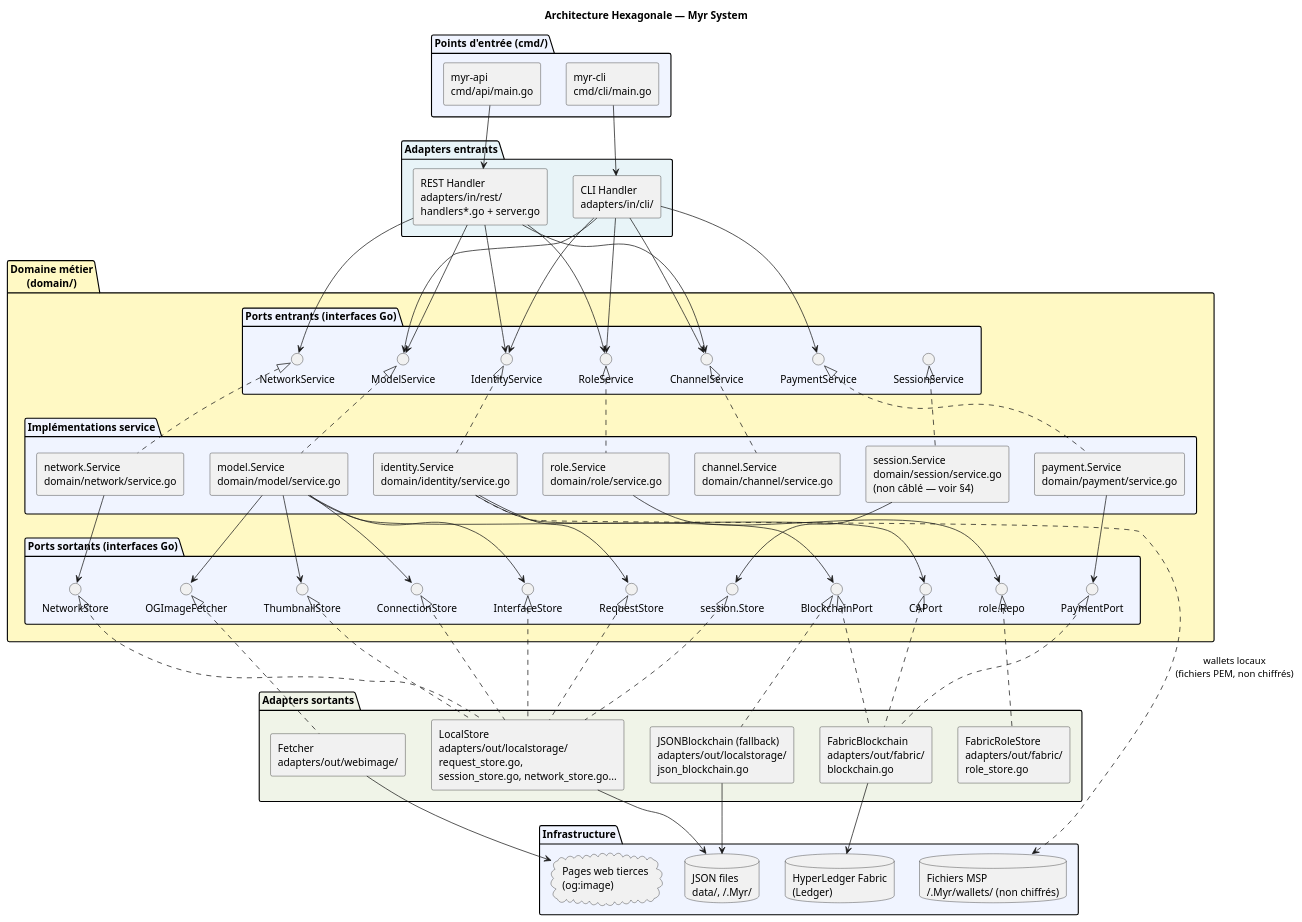
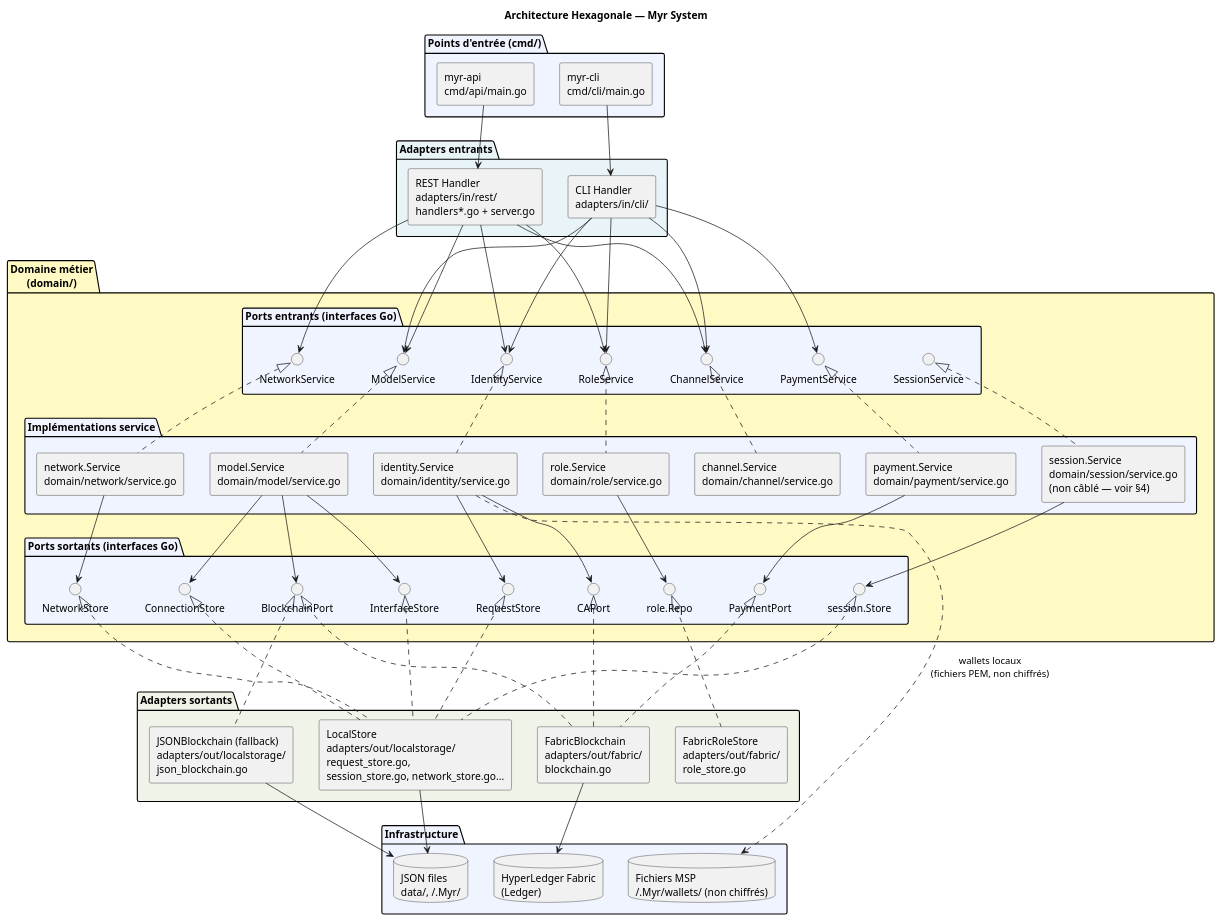
The first of 2 diagrams in specs/3-Conception/Architecture_Hexagonale.md (myr-forge/myr-core), drawn with PlantUML before and after one commit. The commit also changed other lines of this file and 56 other files, not shown here.

```diff
--- a/specs/3-Conception/Architecture_Hexagonale.md
+++ b/specs/3-Conception/Architecture_Hexagonale.md
@@ -117,8 +117,6 @@
     interface "BlockchainPort" as PBC
     interface "ConnectionStore" as PConn
     interface "InterfaceStore" as PIface
-    interface "ThumbnailStore" as PThumb
-    interface "OGImageFetcher" as PWebImg
     interface "CAPort" as PCA
     interface "RequestStore" as PReq
     interface "role.Repo" as PRole
@@ -134,7 +132,6 @@
   [JSONBlockchain (fallback)\nadapters/out/localstorage/\njson_blockchain.go] as AdJSON
   [FabricRoleStore\nadapters/out/fabric/\nrole_store.go] as AdFabricRoles
   [LocalStore\nadapters/out/localstorage/\nrequest_store.go,\nsession_store.go, network_store.go...] as AdLocal
-  [Fetcher\nadapters/out/webimage/] as AdWebImg
 }
 
 ' ── Infrastructure ───────────────────────────────────
@@ -142,7 +139,6 @@
   database "HyperLedger Fabric\n(Ledger)" as HLF
   database "JSON files\ndata/, ~/.Myr/" as JSONdb
   database "Fichiers MSP\n~/.Myr/wallets/ (non chiffrés)" as MSPFiles
-  cloud "Pages web tierces\n(og:image)" as WebPages
 }
 
 ' ── Connexions ───────────────────────────────────────
@@ -171,8 +167,6 @@
 SvcModel --> PBC
 SvcModel --> PConn
 SvcModel --> PIface
-SvcModel --> PThumb
-SvcModel --> PWebImg
 SvcIdentity --> PCA
 SvcIdentity --> PReq
 SvcRole --> PRole
@@ -184,8 +178,6 @@
 PBC <|.. AdJSON
 PConn <|.. AdLocal
 PIface <|.. AdLocal
-PThumb <|.. AdLocal
-PWebImg <|.. AdWebImg
 PNet <|.. AdLocal
 PReq <|.. AdLocal
 PRole <|.. AdFabricRoles
@@ -196,7 +188,6 @@
 AdFabric --> HLF
 AdJSON --> JSONdb
 AdLocal --> JSONdb
-AdWebImg --> WebPages
 SvcIdentity ..> MSPFiles : wallets locaux\n(fichiers PEM, non chiffrés)
 
 @enduml
```
